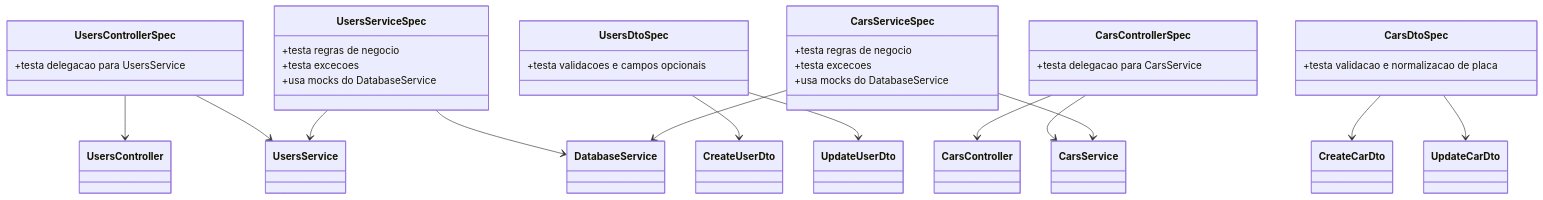
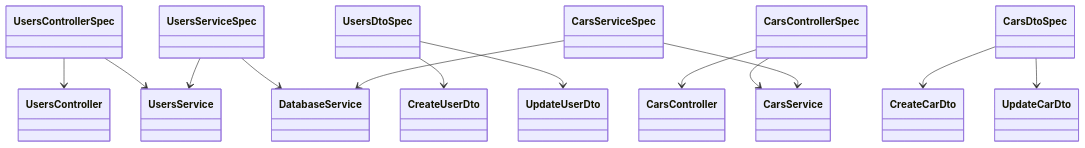
Before and after one commit to arleysouza/tpII-2026-1-testes-unitarios-nestjs: the first of 2 diagrams in README.md, drawn with Mermaid. The commit also changed other lines of this file, not shown here.

````diff
--- a/README.md
+++ b/README.md
@@ -301,39 +121,33 @@
 ```mermaid
 classDiagram
-  class UsersControllerSpec {
-    +testa delegacao para UsersService
-  }
-  class UsersServiceSpec {
-    +testa regras de negocio
-    +testa excecoes
-    +usa mocks do DatabaseService
-  }
-  class UsersDtoSpec {
-    +testa validacoes e campos opcionais
-  }
-  class CarsControllerSpec {
-    +testa delegacao para CarsService
-  }
-  class CarsServiceSpec {
-    +testa regras de negocio
-    +testa excecoes
-    +usa mocks do DatabaseService
-  }
-  class CarsDtoSpec {
-    +testa validacao e normalizacao de placa
-  }
+  class UsersControllerSpec
+  class UsersServiceSpec
+  class UsersDtoSpec
+  class CarsControllerSpec
+  class CarsServiceSpec
+  class CarsDtoSpec
+
+  class UsersController
+  class UsersService
+  class CreateUserDto
+  class UpdateUserDto
+  class CarsController
+  class CarsService
+  class CreateCarDto
+  class UpdateCarDto
+  class DatabaseService
 
   UsersControllerSpec --> UsersController
   UsersControllerSpec --> UsersService
   UsersServiceSpec --> UsersService
   UsersServiceSpec --> DatabaseService
   UsersDtoSpec --> CreateUserDto
   UsersDtoSpec --> UpdateUserDto
 
   CarsControllerSpec --> CarsController
   CarsControllerSpec --> CarsService
   CarsServiceSpec --> CarsService
   CarsServiceSpec --> DatabaseService
   CarsDtoSpec --> CreateCarDto
   CarsDtoSpec --> UpdateCarDto
 ```
````
